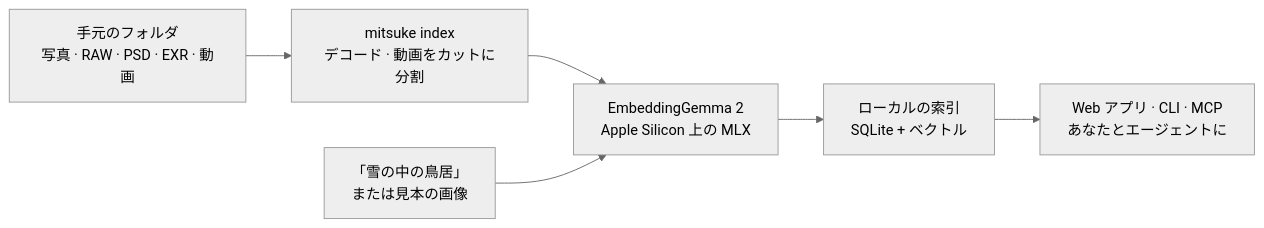
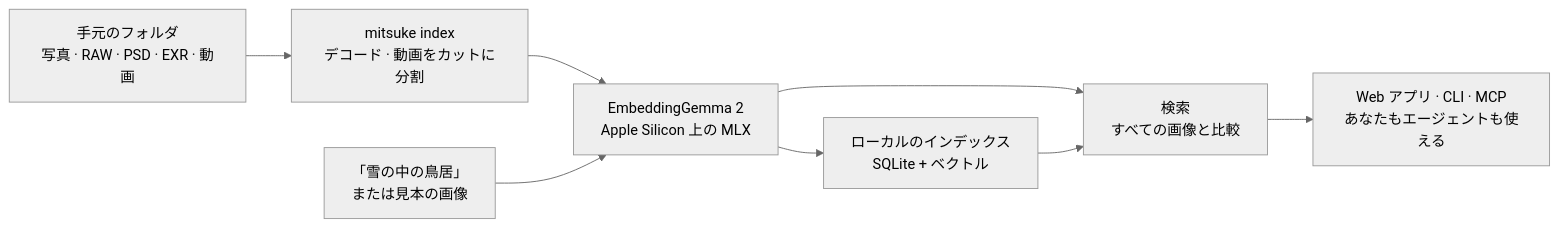
The diagram in README.ja.md (kanaworksai-hue/mitsuke), drawn with Mermaid (neutral theme) before and after one commit. The commit also changed other lines of this file and 5 other files, not shown here.

````diff
--- a/README.ja.md
+++ b/README.ja.md
@@ -48,8 +48,10 @@
 ```mermaid
 flowchart LR
     F["手元のフォルダ<br/>写真 · RAW · PSD · EXR · 動画"] --> I["mitsuke index<br/>デコード · 動画をカットに分割"]
     I --> M["EmbeddingGemma 2<br/>Apple Silicon 上の MLX"]
-    M --> D["ローカルの索引<br/>SQLite + ベクトル"]
+    M --> D["ローカルのインデックス<br/>SQLite + ベクトル"]
     Q["「雪の中の鳥居」<br/>または見本の画像"] --> M
-    D --> R["Web アプリ · CLI · MCP<br/>あなたとエージェントに"]
+    M --> S["検索<br/>すべての画像と比較"]
+    D --> S
+    S --> R["Web アプリ · CLI · MCP<br/>あなたもエージェントも使える"]
 ```
````
